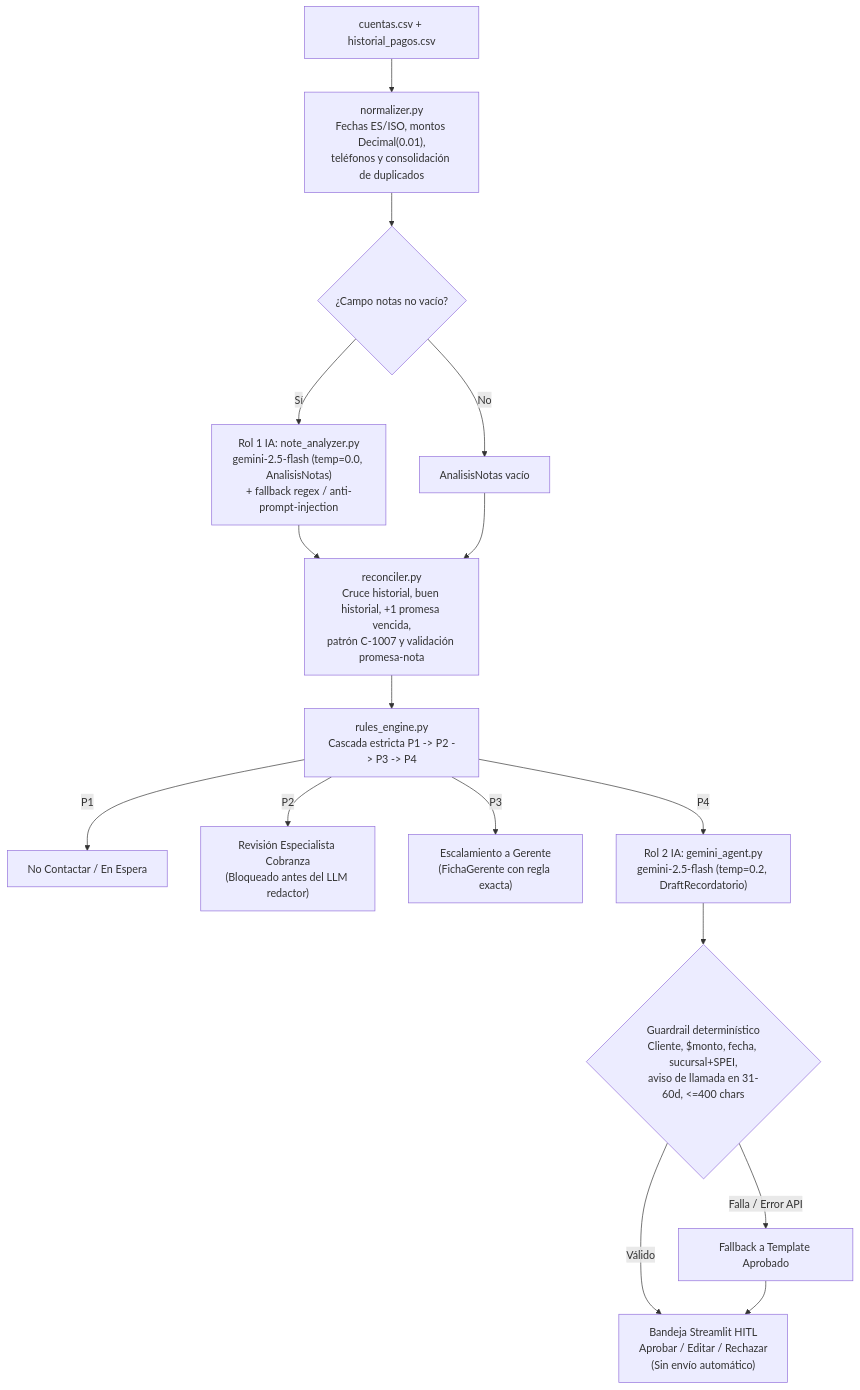
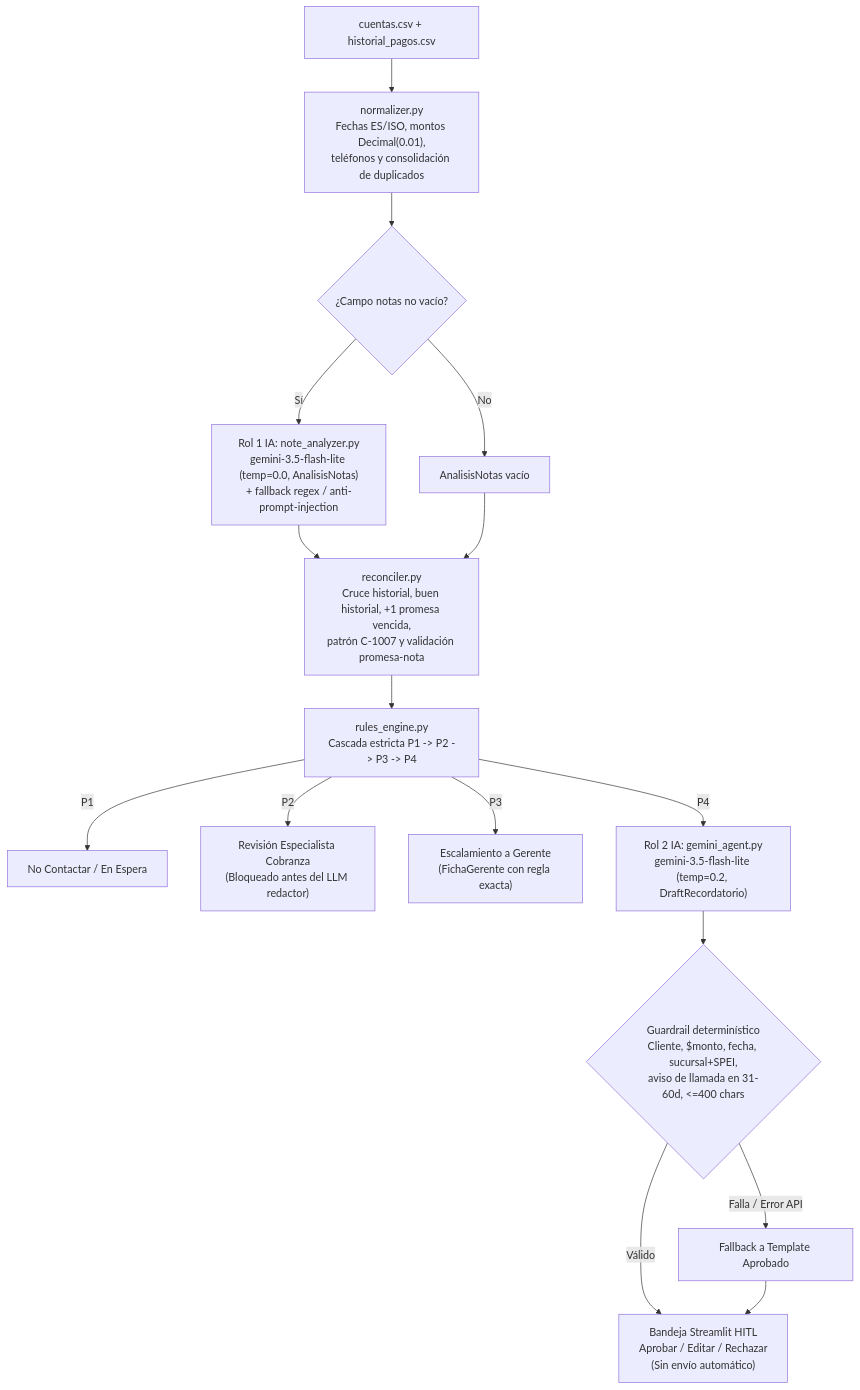
Before and after one commit to feribarra02/agente-cobranza: the diagram in README.md, drawn with Mermaid. The commit also changed other lines of this file and 3 other files, not shown here.

Commit message:
Updated gemini model to 3.5-flash-lite and added .env.example

````diff
--- a/README.md
+++ b/README.md
@@ -9,17 +9,17 @@
 ```mermaid
 flowchart TD
     A["cuentas.csv + historial_pagos.csv"] --> B["normalizer.py<br/>Fechas ES/ISO, montos Decimal(0.01),<br/>teléfonos y consolidación de duplicados"]
     B --> C{"¿Campo notas no vacío?"}
-    C -- "Sí" --> D["Rol 1 IA: note_analyzer.py<br/>gemini-2.5-flash (temp=0.0, AnalisisNotas)<br/>+ fallback regex / anti-prompt-injection"]
+    C -- "Sí" --> D["Rol 1 IA: note_analyzer.py<br/>gemini-3.5-flash-lite (temp=0.0, AnalisisNotas)<br/>+ fallback regex / anti-prompt-injection"]
     C -- "No" --> E["AnalisisNotas vacío"]
     D --> F["reconciler.py<br/>Cruce historial, buen historial, +1 promesa vencida,<br/>patrón C-1007 y validación promesa-nota"]
     E --> F
     F --> G["rules_engine.py<br/>Cascada estricta P1 -> P2 -> P3 -> P4"]
     G -- "P1" --> P1["No Contactar / En Espera"]
     G -- "P2" --> P2["Revisión Especialista Cobranza<br/>(Bloqueado antes del LLM redactor)"]
     G -- "P3" --> P3["Escalamiento a Gerente<br/>(FichaGerente con regla exacta)"]
-    G -- "P4" --> H["Rol 2 IA: gemini_agent.py<br/>gemini-2.5-flash (temp=0.2, DraftRecordatorio)"]
+    G -- "P4" --> H["Rol 2 IA: gemini_agent.py<br/>gemini-3.5-flash-lite (temp=0.2, DraftRecordatorio)"]
     H --> I{"Guardrail determinístico<br/>Cliente, $monto, fecha, sucursal+SPEI,<br/>aviso de llamada en 31-60d, <=400 chars"}
     I -- "Válido" --> HITL["Bandeja Streamlit HITL<br/>Aprobar / Editar / Rechazar<br/>(Sin envío automático)"]
     I -- "Falla / Error API" --> FB["Fallback a Template Aprobado"] --> HITL
 ```
````
